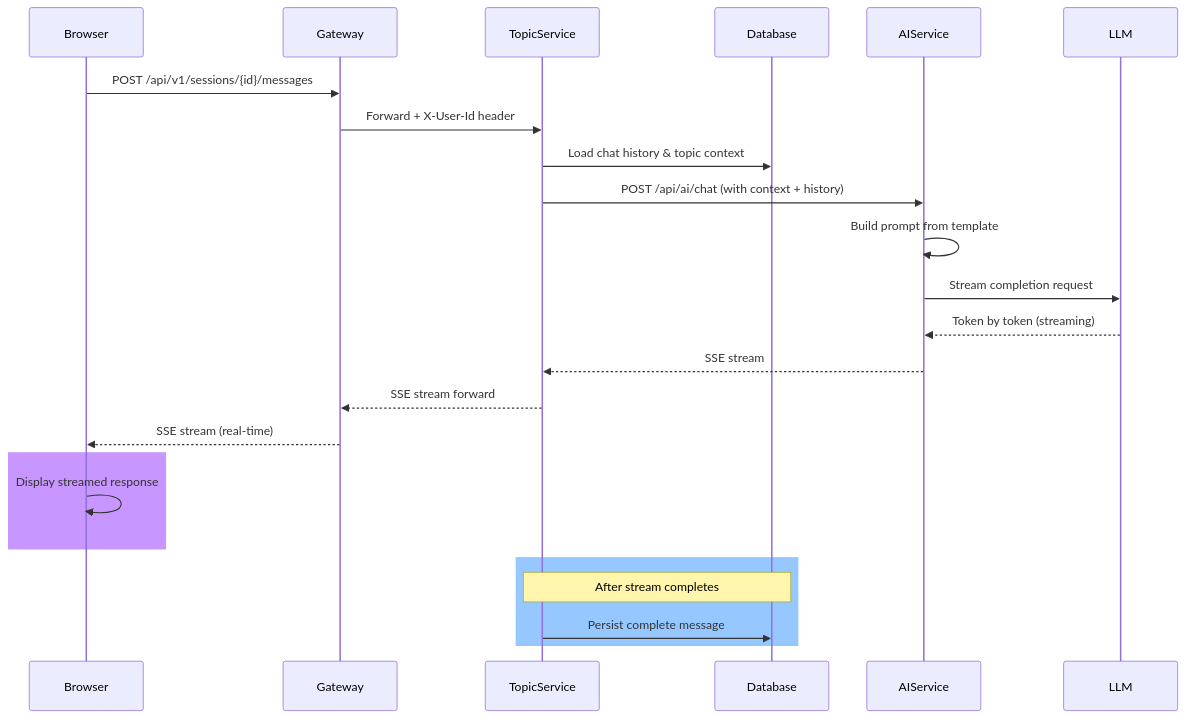
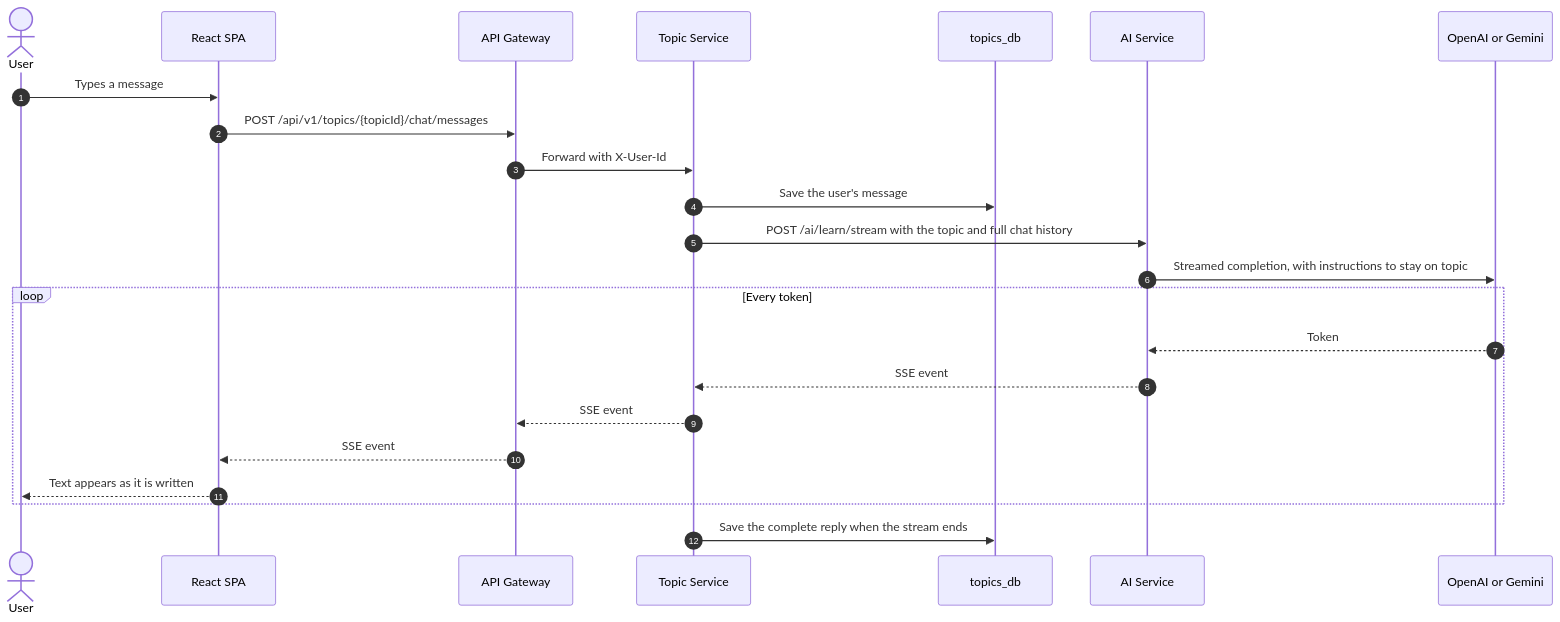
One commit to siddarth-ba-72/Interview-Prep-Pilot-AI changed the fourth of 8 diagrams in README.md. Above: the diagram before and after it, drawn with Mermaid. The commit also changed other lines of this file and 1 other file, not shown here.

````diff
--- a/README.md
+++ b/README.md
@@ -148,30 +326,26 @@
 ```mermaid
 sequenceDiagram
-    participant Browser
-    participant Gateway
-    participant TopicService
-    participant Database
-    participant AIService
-    participant LLM
+    autonumber
+    actor U as User
+    participant FE as React SPA
+    participant GW as API Gateway
+    participant TS as Topic Service
+    participant DB as topics_db
+    participant AI as AI Service
+    participant LLM as OpenAI or Gemini
 
-    Browser->>Gateway: POST /api/v1/sessions/{id}/messages
-    Gateway->>TopicService: Forward + X-User-Id header
-    
-    TopicService->>Database: Load chat history & topic context
-    TopicService->>AIService: POST /api/ai/chat (with context + history)
-    AIService->>AIService: Build prompt from template
-    AIService->>LLM: Stream completion request
-    LLM-->>AIService: Token by token (streaming)
-    AIService-->>TopicService: SSE stream
-    TopicService-->>Gateway: SSE stream forward
-    Gateway-->>Browser: SSE stream (real-time)
-    
-    rect rgb(200, 150, 255)
-        Browser->>Browser: Display streamed response
+    U->>FE: Types a message
+    FE->>GW: POST /api/v1/topics/{topicId}/chat/messages
+    GW->>TS: Forward with X-User-Id
+    TS->>DB: Save the user's message
+    TS->>AI: POST /ai/learn/stream with the topic and full chat history
+    AI->>LLM: Streamed completion, with instructions to stay on topic
+    loop Every token
+        LLM-->>AI: Token
+        AI-->>TS: SSE event
+        TS-->>GW: SSE event
+        GW-->>FE: SSE event
+        FE-->>U: Text appears as it is written
     end
-    
-    rect rgb(150, 200, 255)
-        Note over TopicService,Database: After stream completes
-        TopicService->>Database: Persist complete message
-    end
+    TS->>DB: Save the complete reply when the stream ends
 ```
````
